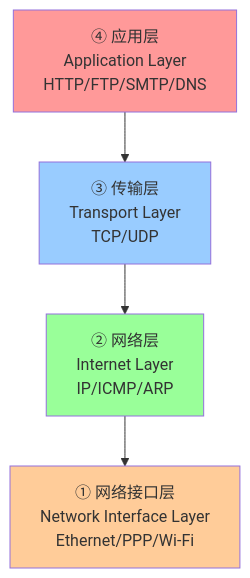
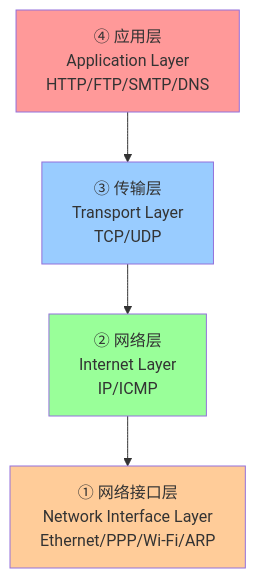
The second of 6 diagrams in content/linux/net_basic/Chapter-29-Network-Fundamentals.md (before80/prgms), drawn with Mermaid before and after one commit. The commit also changed other lines of this file and 1645 other files, not shown here.

````diff
--- a/content/linux/net_basic/Chapter-29-Network-Fundamentals.md
+++ b/content/linux/net_basic/Chapter-29-Network-Fundamentals.md
@@ -113,14 +113,14 @@
 ```mermaid
 graph TB
     A["④ 应用层<br/>Application Layer<br/>HTTP/FTP/SMTP/DNS"]
     B["③ 传输层<br/>Transport Layer<br/>TCP/UDP"]
-    C["② 网络层<br/>Internet Layer<br/>IP/ICMP/ARP"]
-    D["① 网络接口层<br/>Network Interface Layer<br/>Ethernet/PPP/Wi-Fi"]
+    C["② 网络层<br/>Internet Layer<br/>IP/ICMP"]
+    D["① 网络接口层<br/>Network Interface Layer<br/>Ethernet/PPP/Wi-Fi/ARP"]
 
     A --> B --> C --> D
 
     style A fill:#ff9999
     style B fill:#99ccff
     style C fill:#99ff99
     style D fill:#ffcc99
 ```
````
